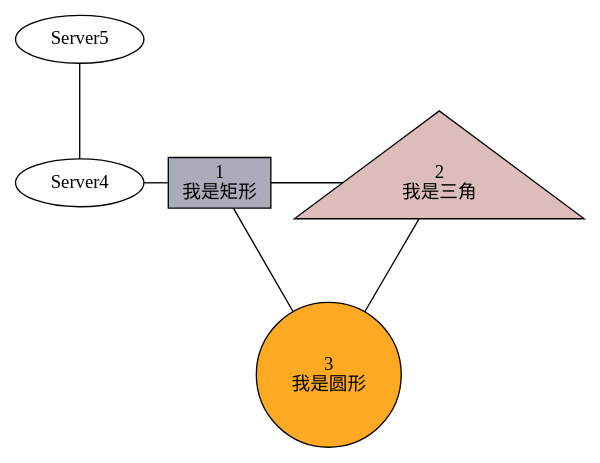
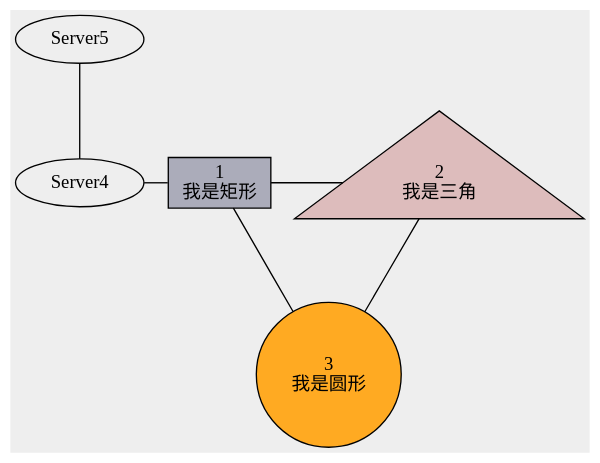
One commit to Channely/Lang-guide-dot changed the diagram in demo.dot. Above: the diagram before and after it, drawn with Graphviz.

Commit message:
add background color

```diff
--- a/demo.dot
+++ b/demo.dot
@@ -1,14 +1,17 @@
  graph template {
 
 Server1 [fontname="SimSun", shape=box, label="1\n 我是矩形", fillcolor="#ABACBA", style=filled]
 Server2 [fontname="SimSun", shape=triangle, label="2\n 我是三角", fillcolor="#DDBCBC", style=filled]
 Server3 [fontname="SimSun", shape=circle, label="3\n 我是圆形", fillcolor="#FFAA22",style=filled]
 
 Server1 -- Server2
 Server2 -- Server3
 Server3 -- Server1
 Server4 -- Server1
 Server5 -- Server4
 
 { rank=same; Server1 Server2 Server4 }
+
+bgcolor="#EEEEEE"
+
 }
```
